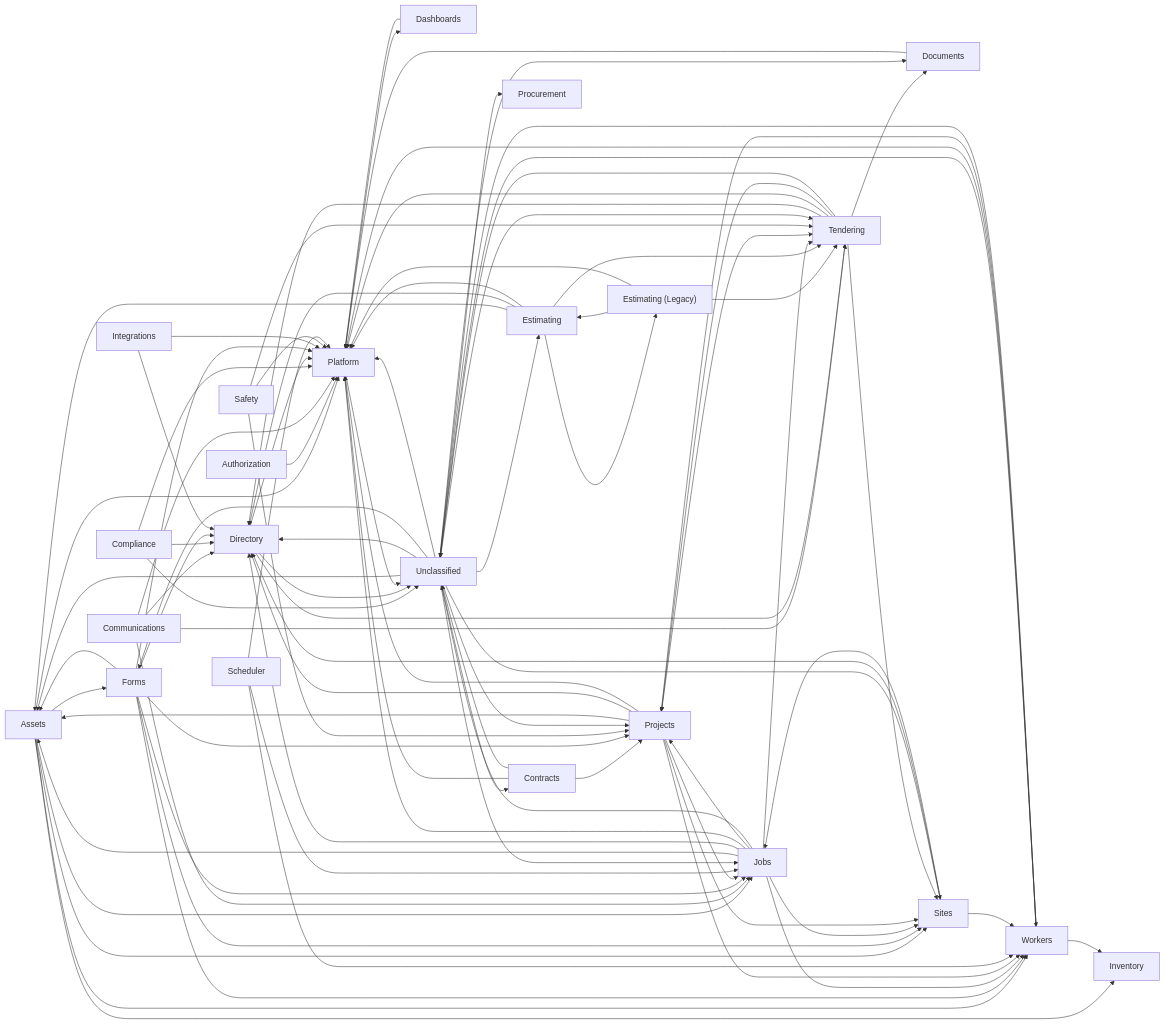
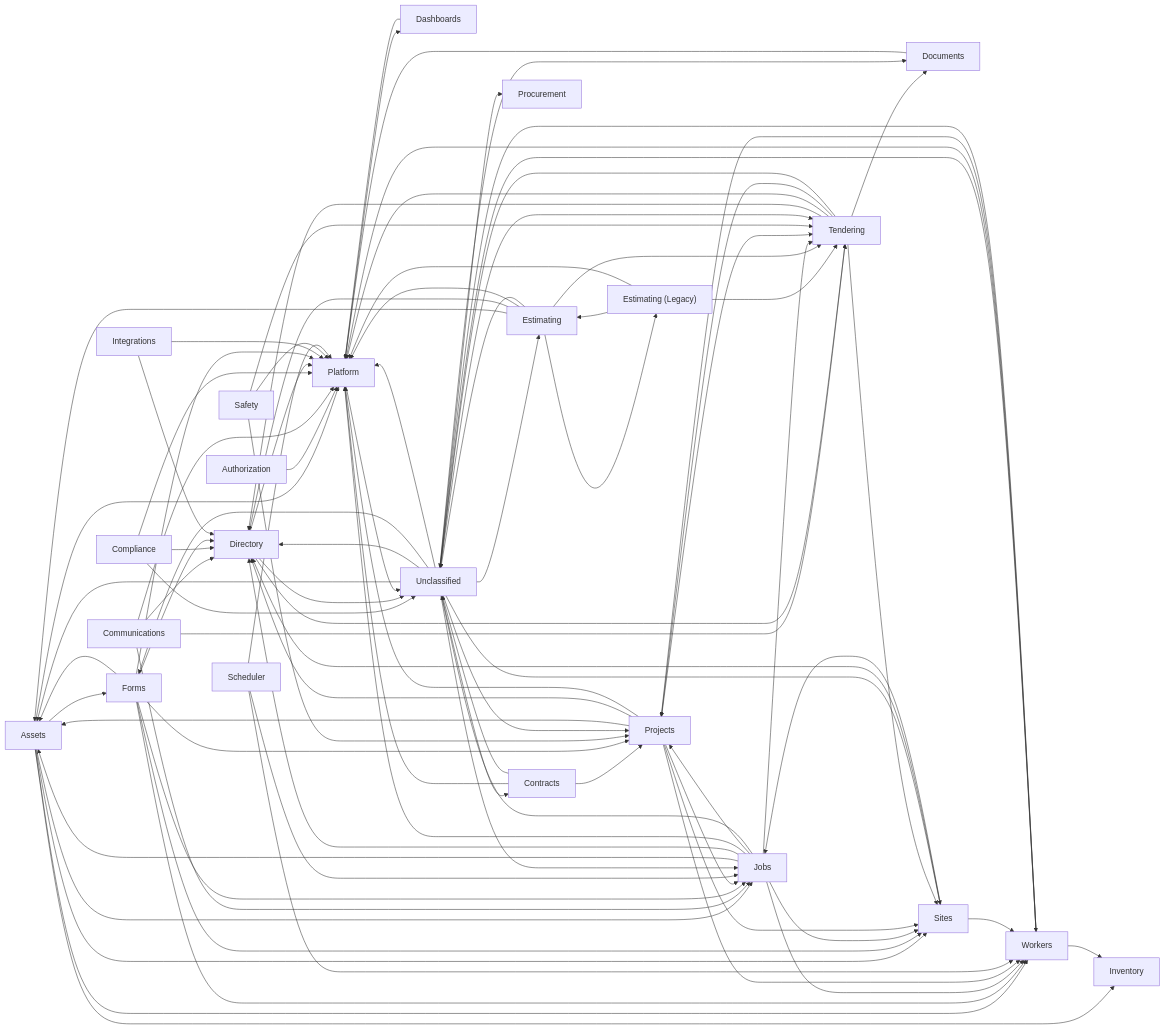
Before and after one commit to GH-Mantova/ProjectOperations: the diagram in sot/04-data-model.md, drawn with Mermaid. The commit also changed other lines of this file and 2 other files, not shown here.

```diff
--- a/sot/04-data-model.md
+++ b/sot/04-data-model.md
@@ -120,6 +120,7 @@
   estimating --> estimating_legacy
   estimating --> platform
   estimating --> tendering
+  estimating --> unclassified
   forms --> assets
   forms --> directory
   forms --> jobs
```
